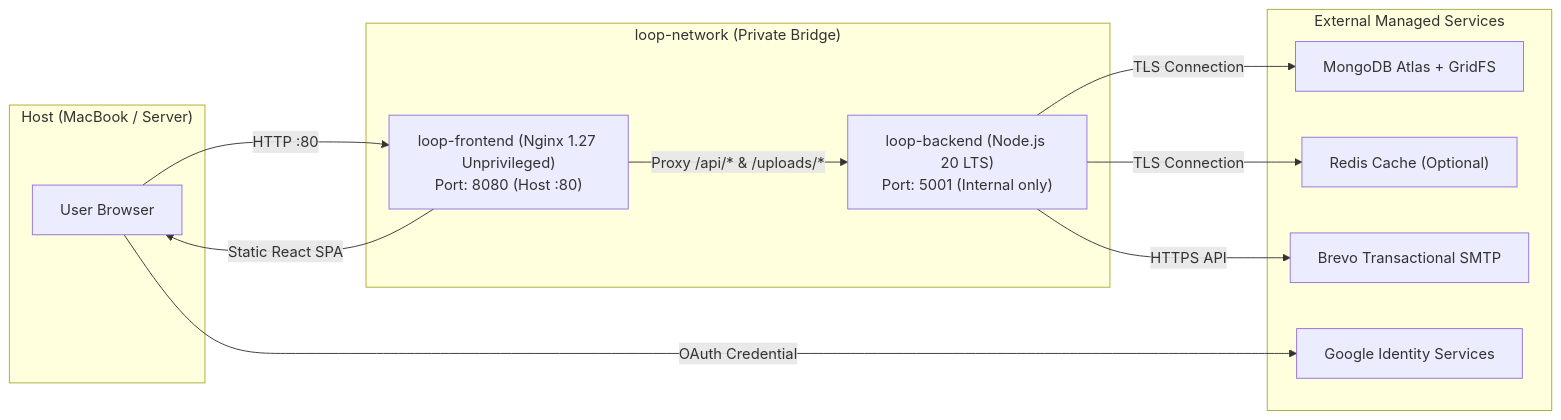
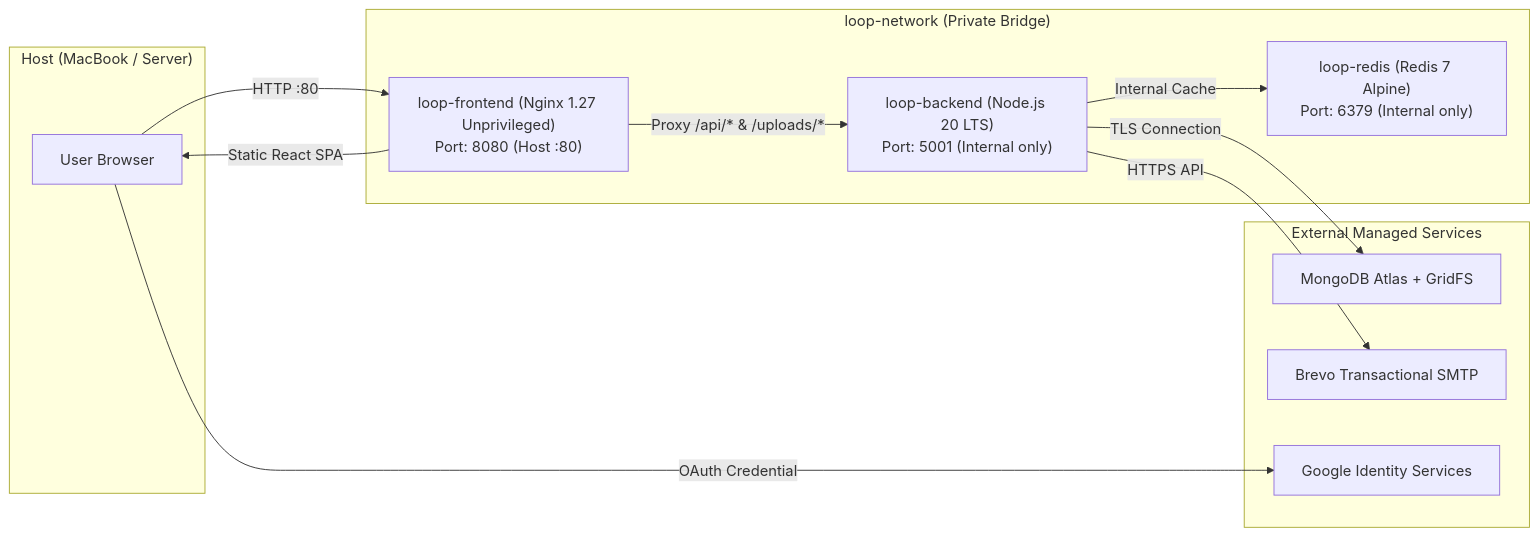
One commit to manthanpalkar/Mini-project_hackathon changed the diagram in DOCKER.md. Above: the diagram before and after it, drawn with Mermaid. The commit also changed other lines of this file and 10 other files, not shown here.

````diff
--- a/DOCKER.md
+++ b/DOCKER.md
@@ -11,26 +11,26 @@
 ```mermaid
 flowchart LR
     subgraph Host ["Host (MacBook / Server)"]
         Browser["User Browser"]
     end
 
     subgraph DockerBridge ["loop-network (Private Bridge)"]
         Frontend["loop-frontend (Nginx 1.27 Unprivileged)\nPort: 8080 (Host :80)"]
         Backend["loop-backend (Node.js 20 LTS)\nPort: 5001 (Internal only)"]
+        Redis["loop-redis (Redis 7 Alpine)\nPort: 6379 (Internal only)"]
     end
 
     subgraph ExternalCloud ["External Managed Services"]
         Mongo["MongoDB Atlas + GridFS"]
-        Redis["Redis Cache (Optional)"]
         Brevo["Brevo Transactional SMTP"]
         Google["Google Identity Services"]
     end
 
     Browser -->|HTTP :80| Frontend
     Frontend -->|Static React SPA| Browser
     Frontend -->|Proxy /api/* & /uploads/*| Backend
+    Backend -->|Internal Cache| Redis
     Backend -->|TLS Connection| Mongo
-    Backend -->|TLS Connection| Redis
     Backend -->|HTTPS API| Brevo
     Browser -->|OAuth Credential| Google
 ```
````
